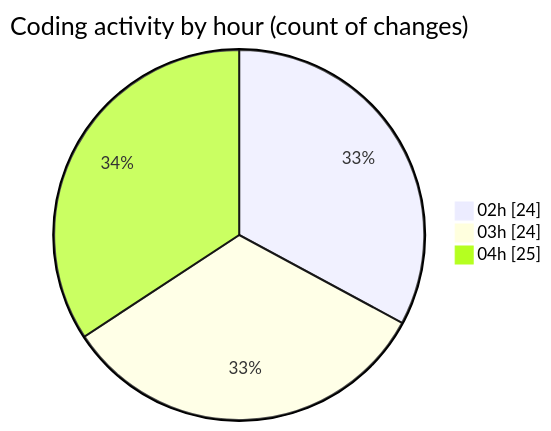
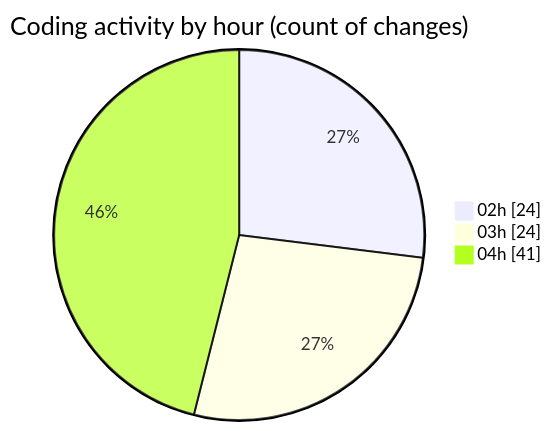
The second of 2 diagrams in 2025-07-23/quanlyrapchieuphim/README.md (lephambinh05/code-tracking), drawn with Mermaid before and after one commit. The commit also changed other lines of this file and 1 other file, not shown here.

````diff
--- a/2025-07-23/quanlyrapchieuphim/README.md
+++ b/2025-07-23/quanlyrapchieuphim/README.md
@@ -38,7 +38,7 @@
 ```mermaid
 pie showData
 title Coding activity by hour (count of changes)
 "02h" : 24
 "03h" : 24
-"04h" : 25
+"04h" : 41
 ```
````
